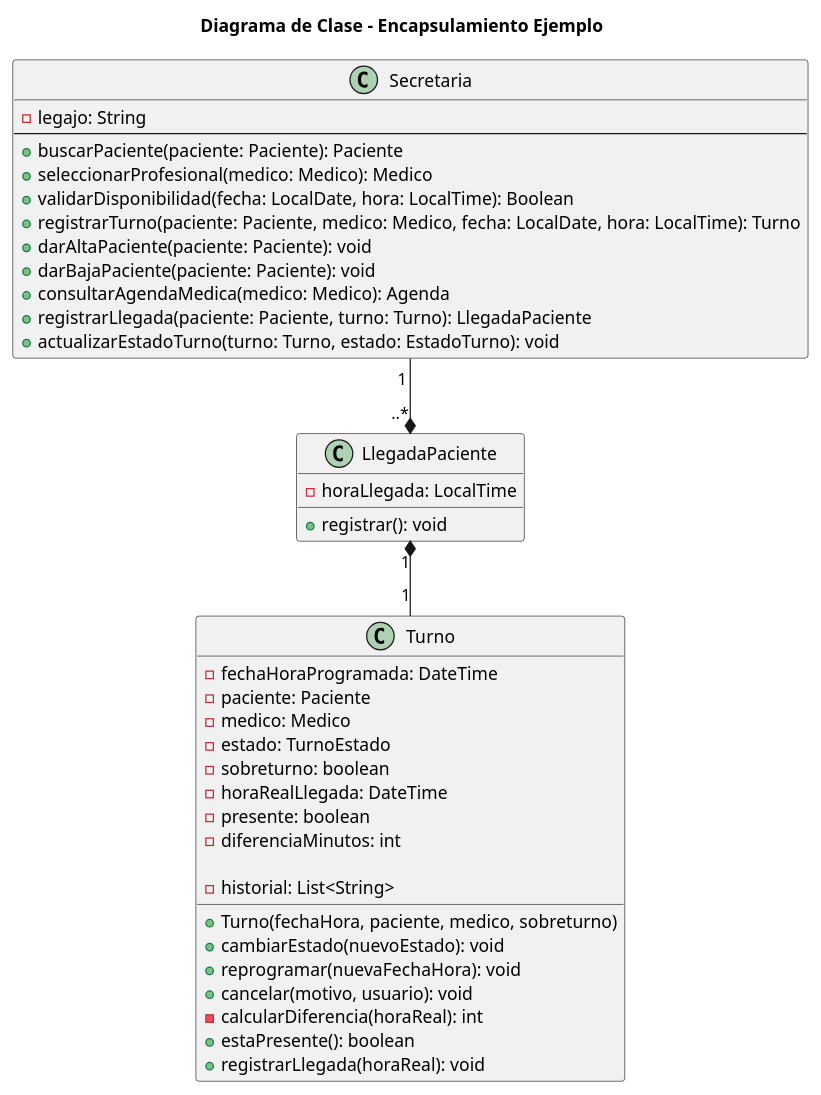
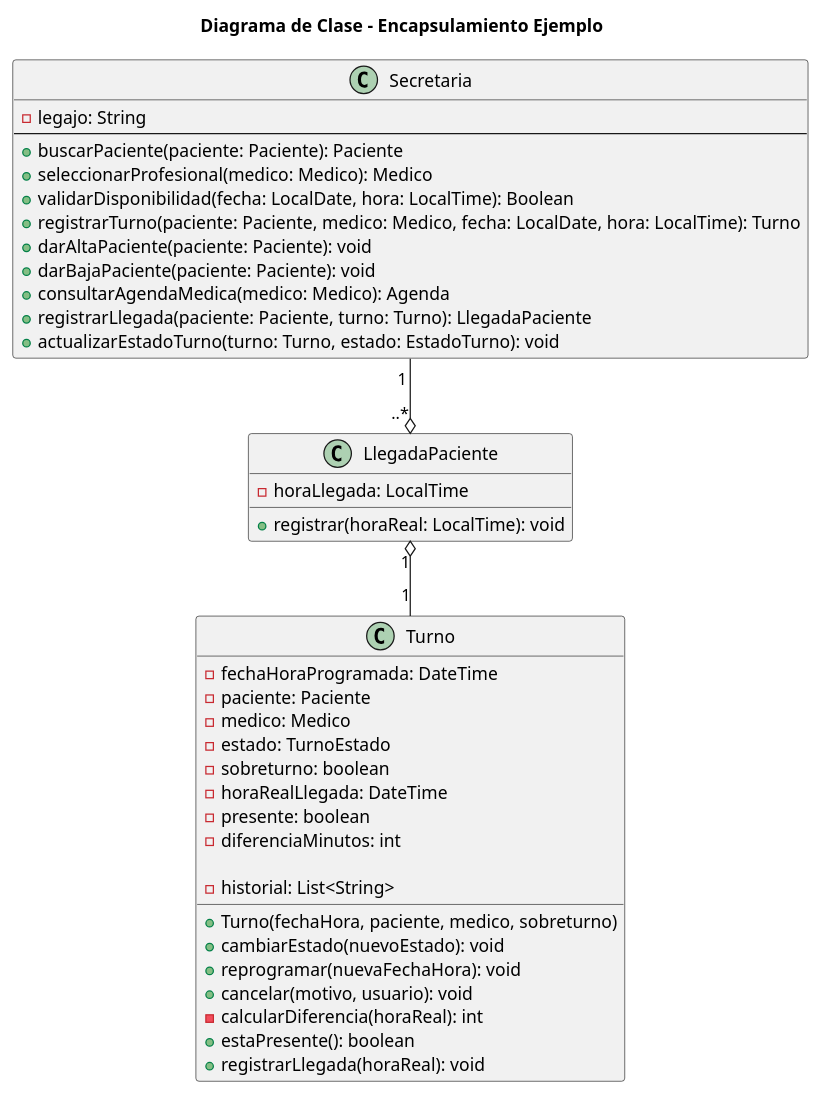
The diagram in anexos/fundamentos-doo-mesa-645003-matricula-157550/doo-encapsulamiento.puml (nataliacarreras96git/SistemaTurnosMedicos), drawn with PlantUML before and after one commit. The commit also changed 6 other files, not shown here.

Commit message:
fix: corregidos id's, diagramas y los links a estos

```diff
--- a/anexos/fundamentos-doo-mesa-645003-matricula-157550/doo-encapsulamiento.puml
+++ b/anexos/fundamentos-doo-mesa-645003-matricula-157550/doo-encapsulamiento.puml
@@ -1,48 +1,48 @@
 @startuml doo-encapsulamiento
 title Diagrama de Clase - Encapsulamiento Ejemplo
 
 class Secretaria {
   - legajo: String
   --
   + buscarPaciente(paciente: Paciente): Paciente
   + seleccionarProfesional(medico: Medico): Medico
   + validarDisponibilidad(fecha: LocalDate, hora: LocalTime): Boolean
   + registrarTurno(paciente: Paciente, medico: Medico, fecha: LocalDate, hora: LocalTime): Turno
   + darAltaPaciente(paciente: Paciente): void
   + darBajaPaciente(paciente: Paciente): void
   + consultarAgendaMedica(medico: Medico): Agenda
   + registrarLlegada(paciente: Paciente, turno: Turno): LlegadaPaciente
   + actualizarEstadoTurno(turno: Turno, estado: EstadoTurno): void
 }
 
 class Turno {
   - fechaHoraProgramada: DateTime
   - paciente: Paciente
   - medico: Medico
   - estado: TurnoEstado
   - sobreturno: boolean
   - horaRealLlegada: DateTime
   - presente: boolean
   - diferenciaMinutos: int
 
   - historial: List<String>
   + Turno(fechaHora, paciente, medico, sobreturno)
   + cambiarEstado(nuevoEstado): void
   + reprogramar(nuevaFechaHora): void
   + cancelar(motivo, usuario): void
   - calcularDiferencia(horaReal): int
   + estaPresente(): boolean
   + registrarLlegada(horaReal): void
 }
 
 class LlegadaPaciente {
     -horaLlegada: LocalTime
     
-    +registrar(): void
+    +registrar(horaReal: LocalTime): void
 }
 
-LlegadaPaciente "1" *-- "1" Turno
-Secretaria "1 " --* "..*" LlegadaPaciente
+LlegadaPaciente "1" o-- "1" Turno
+Secretaria "1 " --o "..*" LlegadaPaciente
 
 
 @enduml
```
